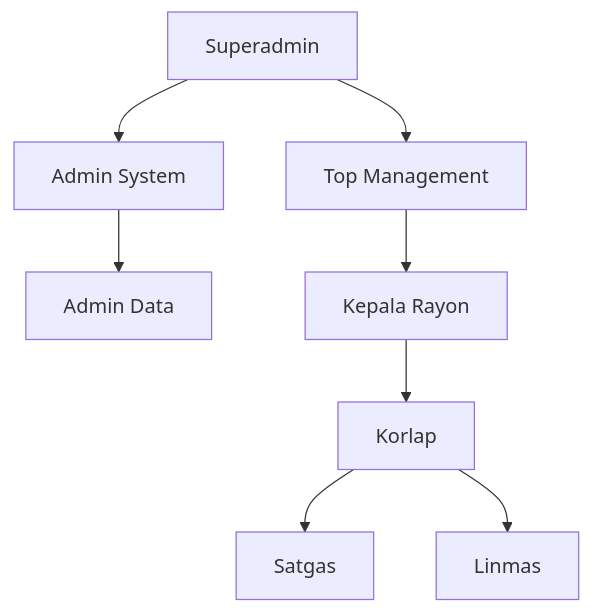
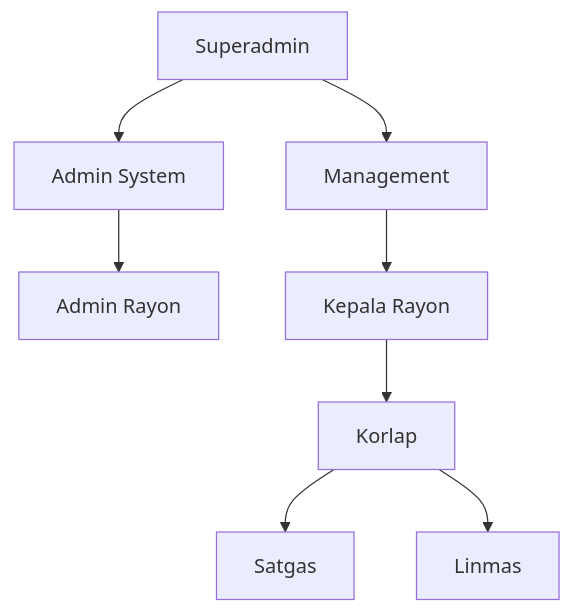
One commit to dlhsby/sekar changed the second of 13 diagrams in specs/database/erd.md. Above: the diagram before and after it, drawn with Mermaid. The commit also changed other lines of this file and 3 other files, not shown here.

Commit message:
docs: erd + changelogs — data-driven roles, settings two-area restructure

````diff
--- a/specs/database/erd.md
+++ b/specs/database/erd.md
@@ -289,10 +289,10 @@
 ```mermaid
 graph TD
     SA[Superadmin] --> AS[Admin System]
-    AS --> AD[Admin Data]
-    SA --> TM[Top Management]
+    AS --> AD[Admin Rayon]
+    SA --> TM[Management]
     TM --> KR[Kepala Rayon]
     KR --> KO[Korlap]
     KO --> ST[Satgas]
     KO --> LM[Linmas]
 ```
````
